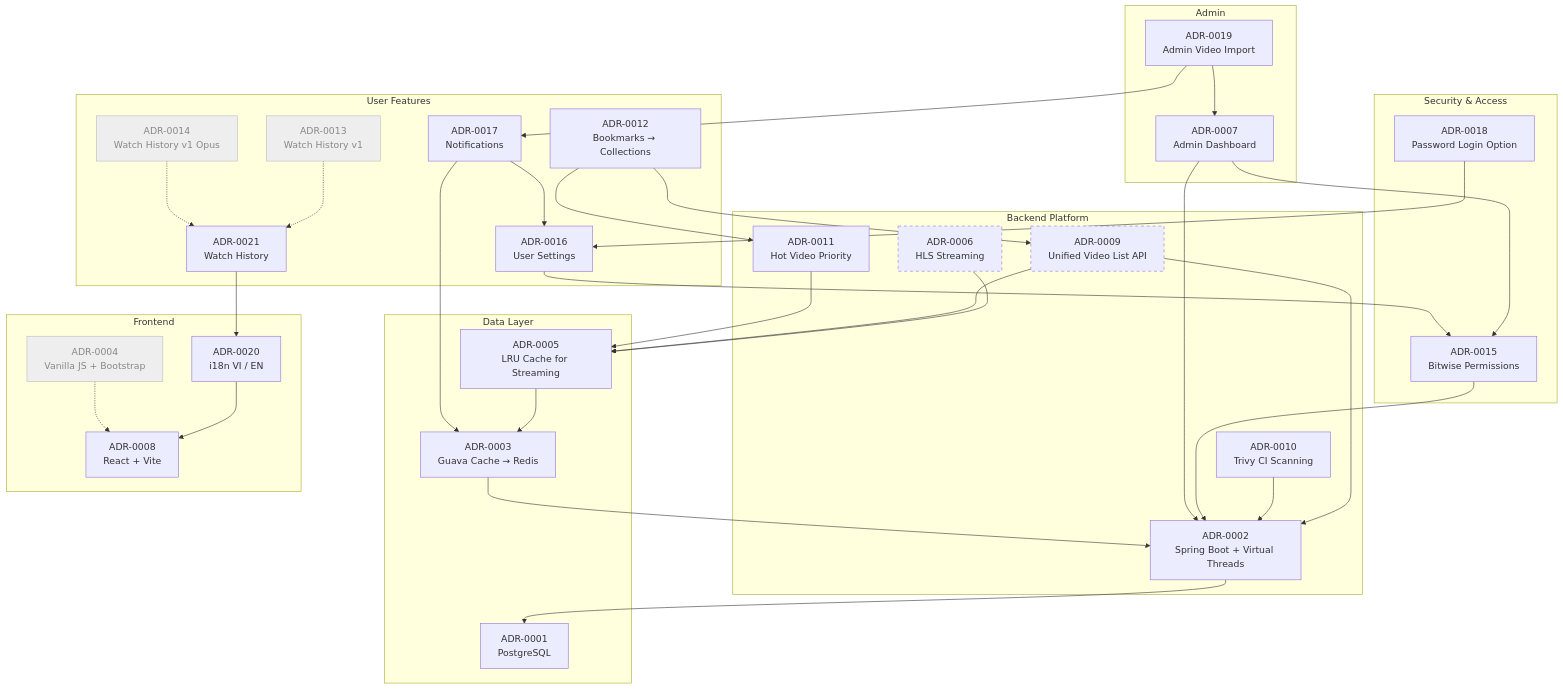
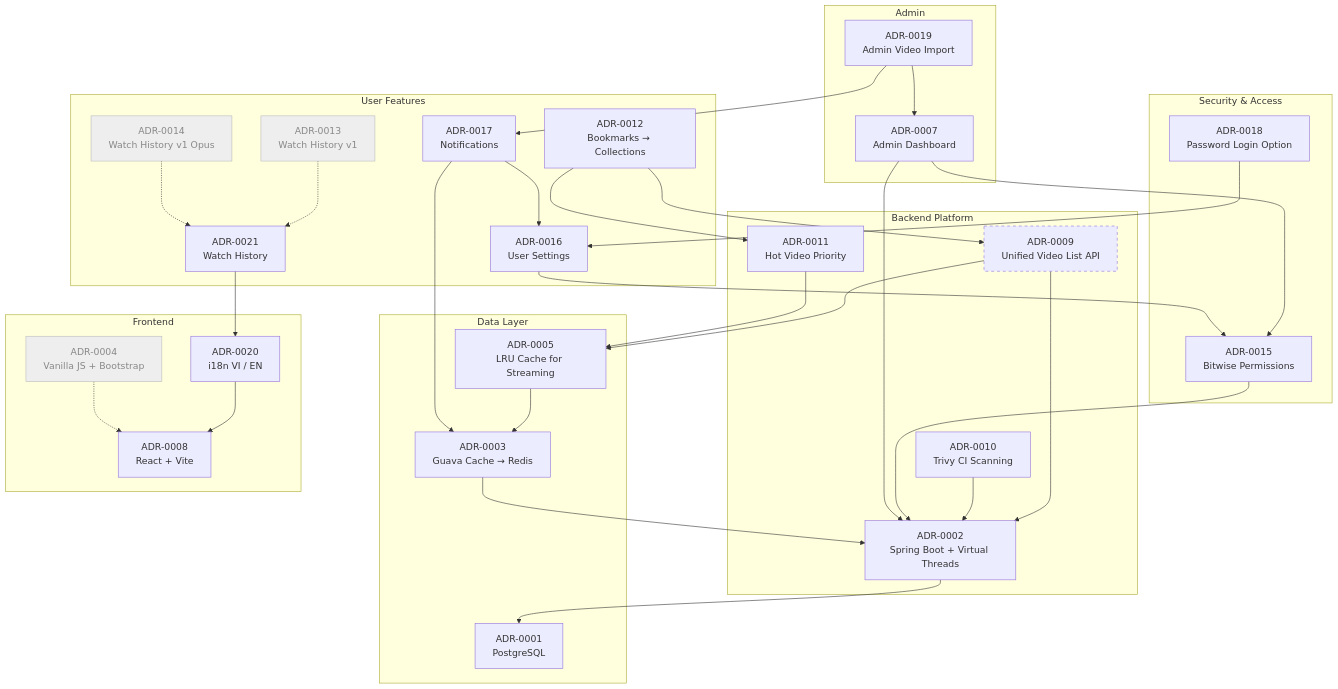
Before and after one commit to nguyenhuuca/assessment: the diagram in docs/architecture/overview.md, drawn with Mermaid. The commit also changed other lines of this file and 5 other files, not shown here.

First line of the commit message:
docs: remove stale HLS ADR-0006 and plan

````diff
--- a/docs/architecture/overview.md
+++ b/docs/architecture/overview.md
@@ -146,71 +145,69 @@
 ```mermaid
 graph TD
     subgraph "Data Layer"
         ADR1[ADR-0001<br/>PostgreSQL]
         ADR3[ADR-0003<br/>Guava Cache → Redis]
         ADR5[ADR-0005<br/>LRU Cache for Streaming]
     end
 
     subgraph "Backend Platform"
         ADR2[ADR-0002<br/>Spring Boot + Virtual Threads]
-        ADR6[ADR-0006<br/>HLS Streaming]
         ADR9[ADR-0009<br/>Unified Video List API]
         ADR11[ADR-0011<br/>Hot Video Priority]
         ADR10[ADR-0010<br/>Trivy CI Scanning]
     end
 
     subgraph "Security & Access"
         ADR15[ADR-0015<br/>Bitwise Permissions]
         ADR18[ADR-0018<br/>Password Login Option]
     end
 
     subgraph "Admin"
         ADR7[ADR-0007<br/>Admin Dashboard]
         ADR19[ADR-0019<br/>Admin Video Import]
     end
 
     subgraph "User Features"
         ADR12[ADR-0012<br/>Bookmarks → Collections]
         ADR13[ADR-0013<br/>Watch History v1]
         ADR14[ADR-0014<br/>Watch History v1 Opus]
         ADR21[ADR-0021<br/>Watch History]
         ADR16[ADR-0016<br/>User Settings]
         ADR17[ADR-0017<br/>Notifications]
     end
 
     subgraph "Frontend"
         ADR4[ADR-0004<br/>Vanilla JS + Bootstrap]
         ADR8[ADR-0008<br/>React + Vite]
         ADR20[ADR-0020<br/>i18n VI / EN]
     end
 
     ADR2 --> ADR1
     ADR3 --> ADR2
     ADR5 --> ADR3
-    ADR6 --> ADR5
     ADR9 --> ADR2
     ADR9 --> ADR5
     ADR11 --> ADR5
     ADR10 --> ADR2
     ADR15 --> ADR2
     ADR7 --> ADR2
     ADR7 --> ADR15
     ADR19 --> ADR7
     ADR19 --> ADR17
     ADR12 --> ADR9
     ADR12 --> ADR11
     ADR16 --> ADR15
     ADR17 --> ADR3
     ADR17 --> ADR16
     ADR18 --> ADR16
     ADR21 --> ADR20
     ADR20 --> ADR8
     ADR4 -.-> ADR8
     ADR13 -.-> ADR21
     ADR14 -.-> ADR21
 
     classDef proposed stroke-dasharray: 5 5
     classDef superseded fill:#eee,color:#888,stroke:#bbb
-    class ADR6,ADR9 proposed
+    class ADR9 proposed
     class ADR4,ADR13,ADR14 superseded
 ```
````
